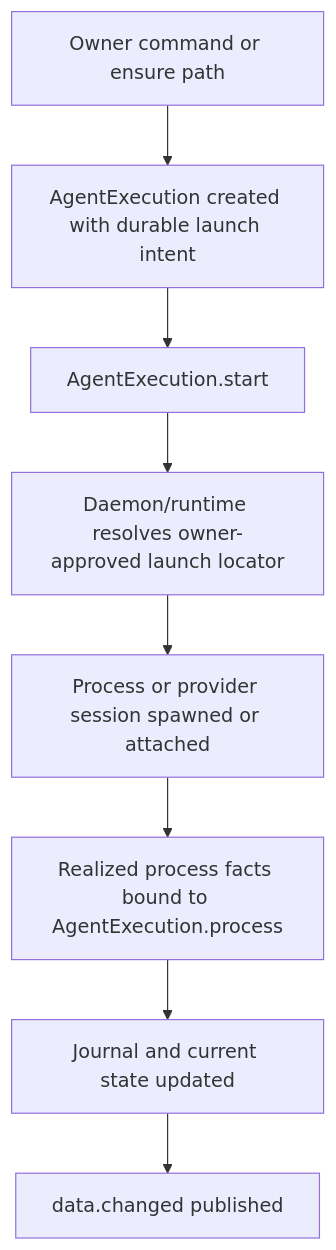
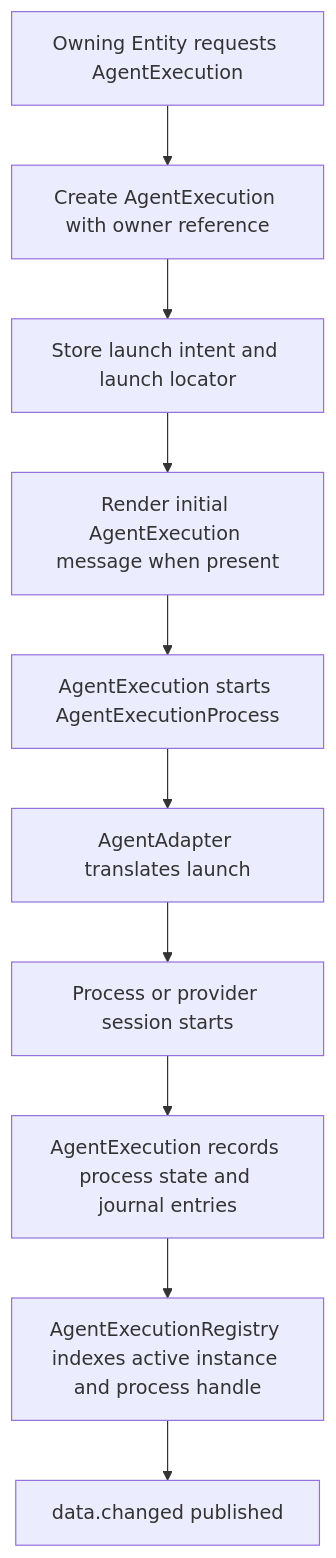
One commit to Flying-Pillow/open-mission changed the third of 5 diagrams in docs/architecture/entities/agent-execution.md. Above: the diagram before and after it, drawn with Mermaid. The commit also changed other lines of this file and 251 other files, not shown here.

````diff
--- a/docs/architecture/entities/agent-execution.md
+++ b/docs/architecture/entities/agent-execution.md
@@ -137,10 +565,12 @@
 ```mermaid
 flowchart TD
-  A[Owner command or ensure path] --> B[AgentExecution created with durable launch intent]
-  B --> C[AgentExecution.start]
-  C --> D[Daemon/runtime resolves owner-approved launch locator]
-  D --> E[Process or provider session spawned or attached]
-  E --> F[Realized process facts bound to AgentExecution.process]
-  F --> G[Journal and current state updated]
-  G --> H[data.changed published]
+  A[Owning Entity requests AgentExecution] --> B[Create AgentExecution with owner reference]
+  B --> C[Store launch intent and launch locator]
+  C --> D[Render initial AgentExecution message when present]
+  D --> E[AgentExecution starts AgentExecutionProcess]
+  E --> F[AgentAdapter translates launch]
+  F --> G[Process or provider session starts]
+  G --> H[AgentExecution records process state and journal entries]
+  H --> I[AgentExecutionRegistry indexes active instance and process handle]
+  I --> J[data.changed published]
 ```
````
